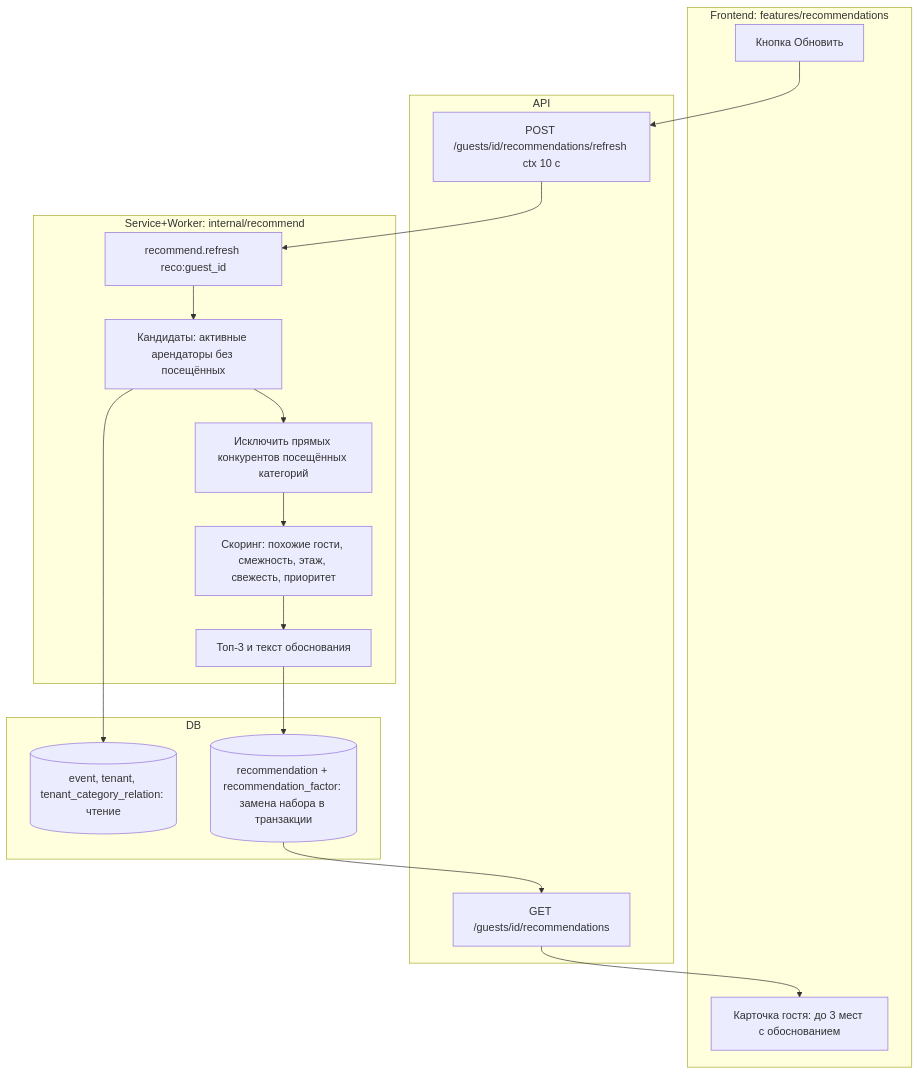
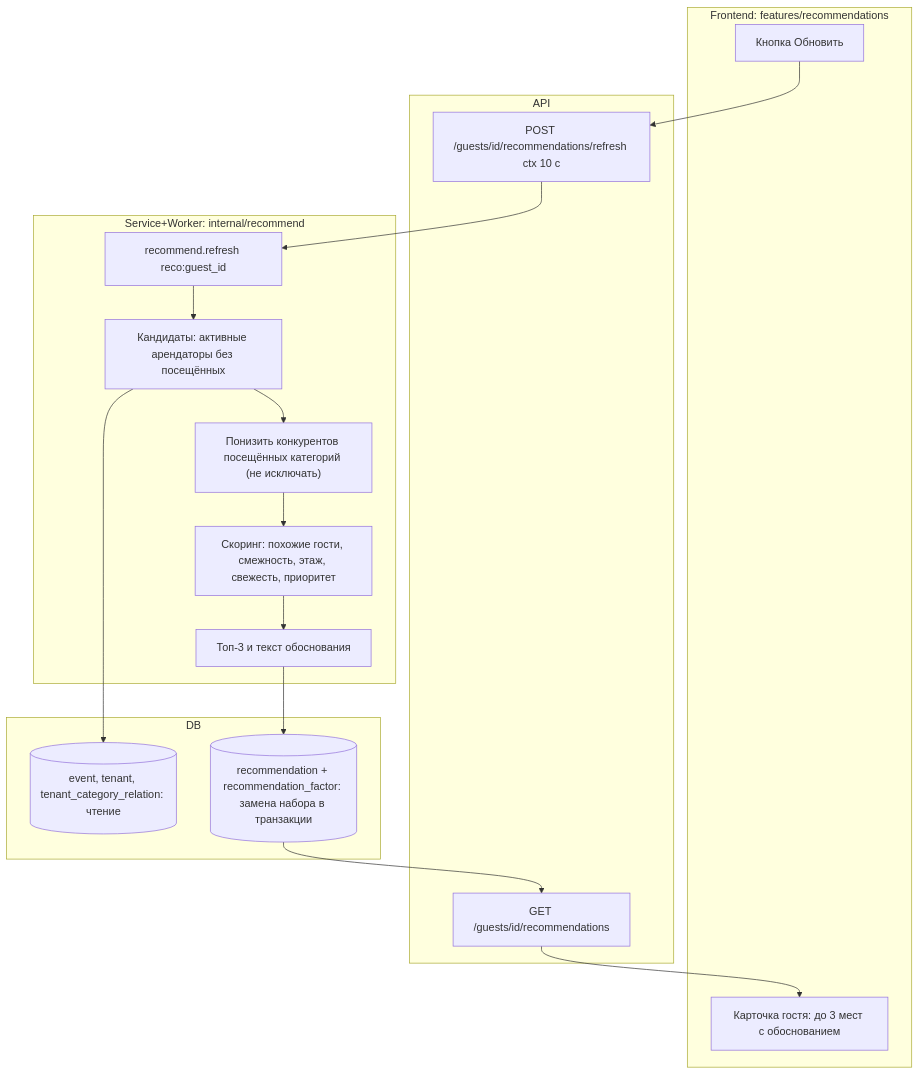
One commit to MangriMen/UCRP changed the fifth of 6 diagrams in docs/08-activity-diagrams.md. Above: the diagram before and after it, drawn with Mermaid. The commit also changed other lines of this file and 20 other files, not shown here.

````diff
--- a/docs/08-activity-diagrams.md
+++ b/docs/08-activity-diagrams.md
@@ -178,26 +178,26 @@
 ```mermaid
 flowchart TB
   subgraph FE["Frontend: features/recommendations"]
     F1["Карточка гостя: до 3 мест с обоснованием"]
     F2["Кнопка Обновить"]
   end
   subgraph API["API"]
     A1["GET /guests/id/recommendations"]
     A2["POST /guests/id/recommendations/refresh ctx 10 с"]
   end
   subgraph WK["Service+Worker: internal/recommend"]
     W1["recommend.refresh reco:guest_id"]
     W2["Кандидаты: активные арендаторы без посещённых"]
-    W3["Исключить прямых конкурентов посещённых категорий"]
+    W3["Понизить конкурентов посещённых категорий (не исключать)"]
     W4["Скоринг: похожие гости, смежность, этаж, свежесть, приоритет"]
     W5["Топ-3 и текст обоснования"]
   end
   subgraph DB["DB"]
     D1[("event, tenant, tenant_category_relation: чтение")]
     D2[("recommendation + recommendation_factor: замена набора в транзакции")]
   end
   F2 --> A2 --> W1
   W1 --> W2 --> D1
   W2 --> W3 --> W4 --> W5 --> D2
   D2 --> A1 --> F1
 ```
````
